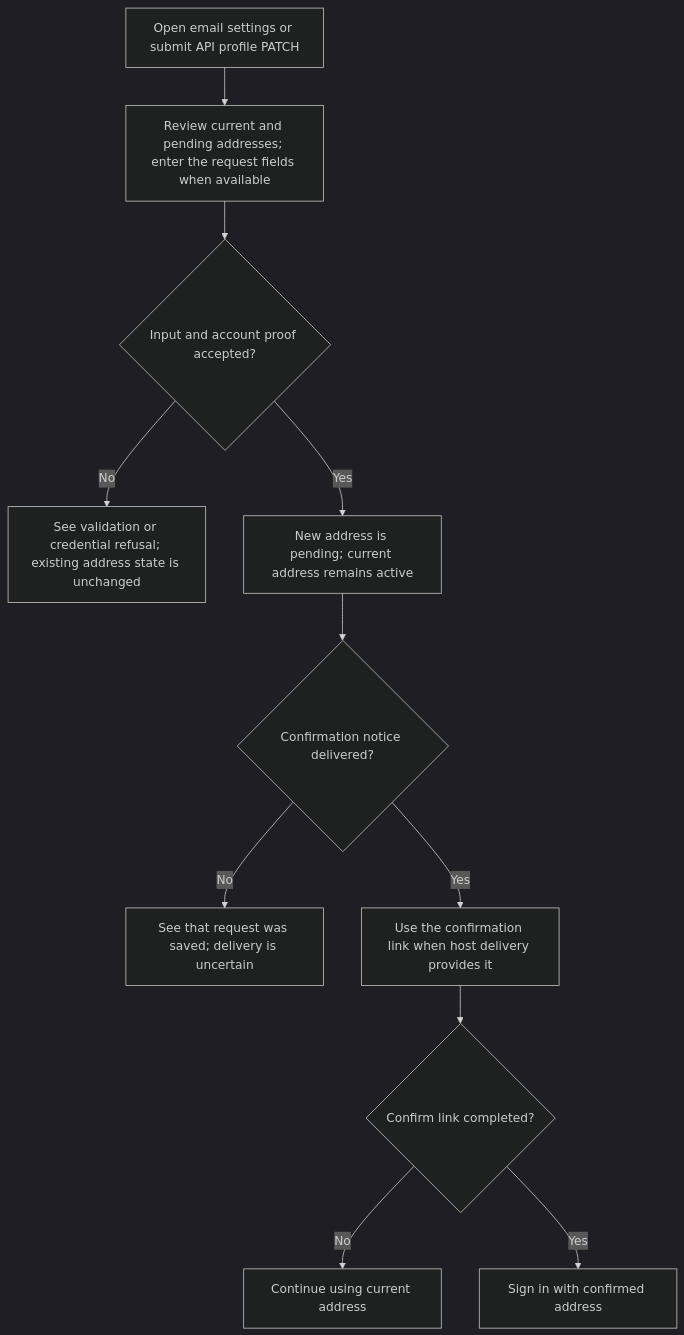
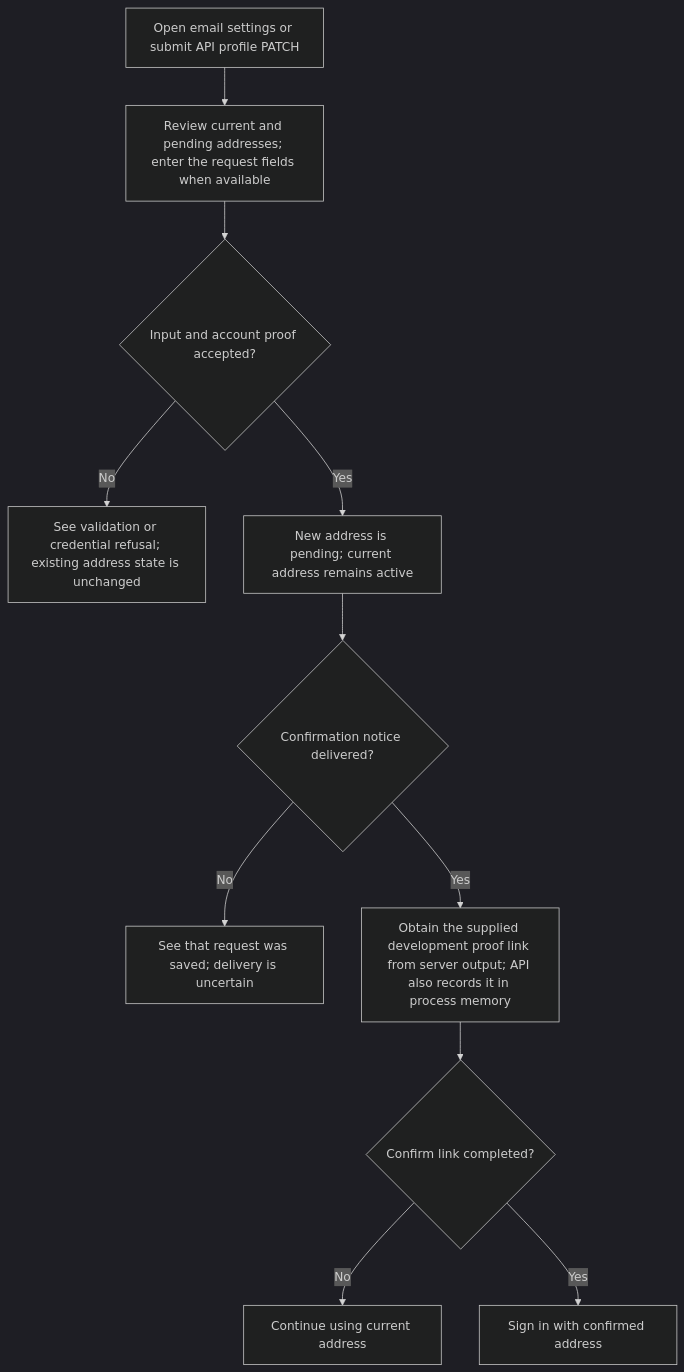
One commit to Kevinjohn/oss-adonisjs-starter-examples changed the first of 2 diagrams in user-stories/accounts/us-account-05-request-email-change.md. Above: the diagram before and after it, drawn with Mermaid (dark theme). The commit also changed other lines of this file and 22 other files, not shown here.

````diff
--- a/user-stories/accounts/us-account-05-request-email-change.md
+++ b/user-stories/accounts/us-account-05-request-email-change.md
@@ -34,13 +36,13 @@
 ```mermaid
 flowchart TD
     A["Open email settings or submit API profile PATCH"] --> B["Review current and pending addresses; enter the request fields when available"]
     B --> C{"Input and account proof accepted?"}
     C -->|No| D["See validation or credential refusal; existing address state is unchanged"]
     C -->|Yes| E["New address is pending; current address remains active"]
     E --> F{"Confirmation notice delivered?"}
     F -->|No| G["See that request was saved; delivery is uncertain"]
-    F -->|Yes| H["Use the confirmation link when host delivery provides it"]
+    F -->|Yes| H["Obtain the supplied development proof link from server output; API also records it in process memory"]
     H --> I{"Confirm link completed?"}
     I -->|No| J["Continue using current address"]
     I -->|Yes| K["Sign in with confirmed address"]
 ```
````
